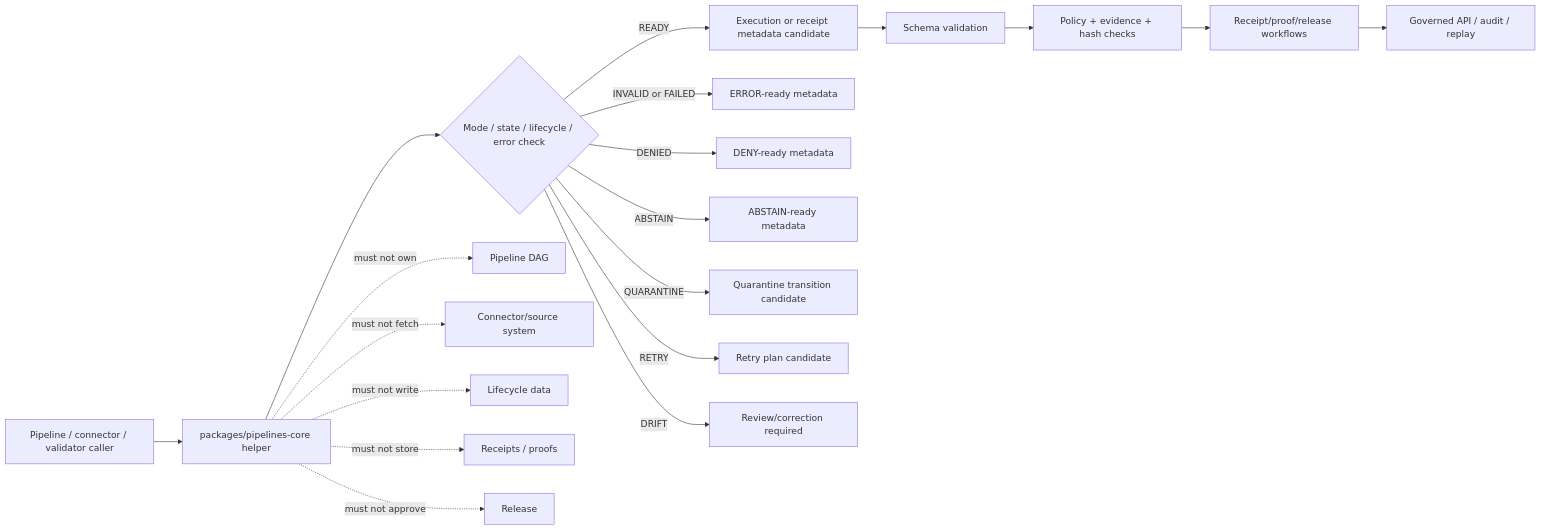
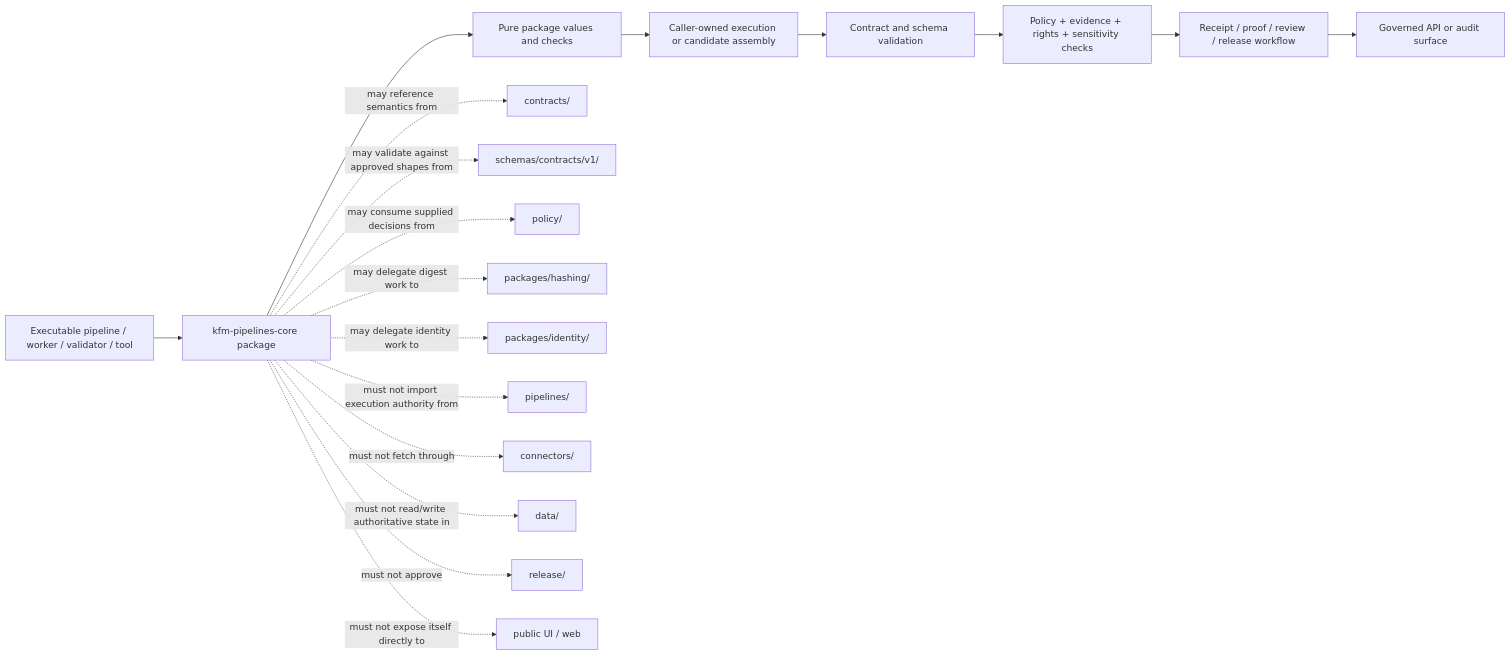
One commit to bartytime4life/Kansas-Frontier-Matrix changed the diagram in packages/pipelines-core/README.md. Above: the diagram before and after it, drawn with Mermaid. The commit also changed other lines of this file, not shown here.

Commit message:
docs(pipelines-core): ground package boundary

````diff
--- a/packages/pipelines-core/README.md
+++ b/packages/pipelines-core/README.md
@@ -223,22 +705,22 @@
 ```mermaid
 flowchart LR
-    A[Pipeline / connector / validator caller] --> B[packages/pipelines-core helper]
-    B --> C{Mode / state / lifecycle / error check}
-    C -->|READY| D[Execution or receipt metadata candidate]
-    C -->|INVALID or FAILED| E[ERROR-ready metadata]
-    C -->|DENIED| F[DENY-ready metadata]
-    C -->|ABSTAIN| G[ABSTAIN-ready metadata]
-    C -->|QUARANTINE| H[Quarantine transition candidate]
-    C -->|RETRY| I[Retry plan candidate]
-    C -->|DRIFT| J[Review/correction required]
-    D --> K[Schema validation]
-    K --> L[Policy + evidence + hash checks]
-    L --> M[Receipt/proof/release workflows]
-    M --> N[Governed API / audit / replay]
+    A[Executable pipeline / worker / validator / tool] --> B[kfm-pipelines-core package]
+    B --> C[Pure package values and checks]
+    C --> D[Caller-owned execution or candidate assembly]
+    D --> E[Contract and schema validation]
+    E --> F[Policy + evidence + rights + sensitivity checks]
+    F --> G[Receipt / proof / review / release workflow]
+    G --> H[Governed API or audit surface]
 
-    B -. must not own .-> O[Pipeline DAG]
-    B -. must not fetch .-> P[Connector/source system]
-    B -. must not write .-> Q[Lifecycle data]
-    B -. must not store .-> R[Receipts / proofs]
-    B -. must not approve .-> S[Release]
+    B -. may reference semantics from .-> I[contracts/]
+    B -. may validate against approved shapes from .-> J[schemas/contracts/v1/]
+    B -. may consume supplied decisions from .-> K[policy/]
+    B -. may delegate digest work to .-> L[packages/hashing/]
+    B -. may delegate identity work to .-> M[packages/identity/]
+
+    B -. must not import execution authority from .-> N[pipelines/]
+    B -. must not fetch through .-> O[connectors/]
+    B -. must not read/write authoritative state in .-> P[data/]
+    B -. must not approve .-> Q[release/]
+    B -. must not expose itself directly to .-> R[public UI / web]
 ```
````
